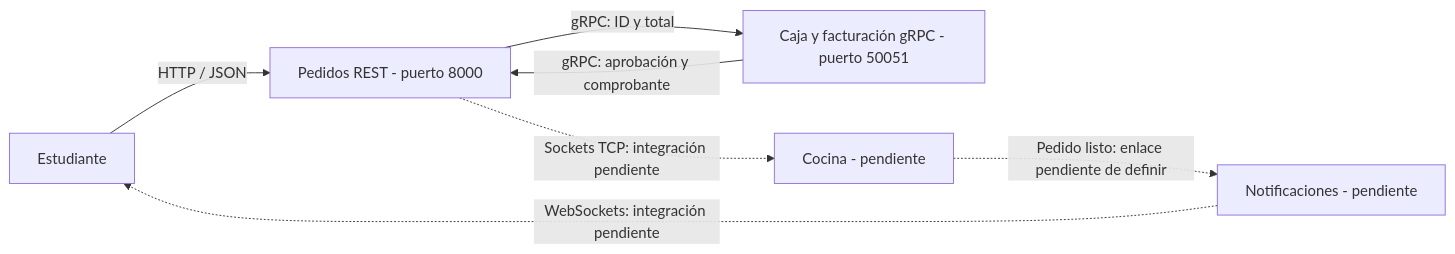
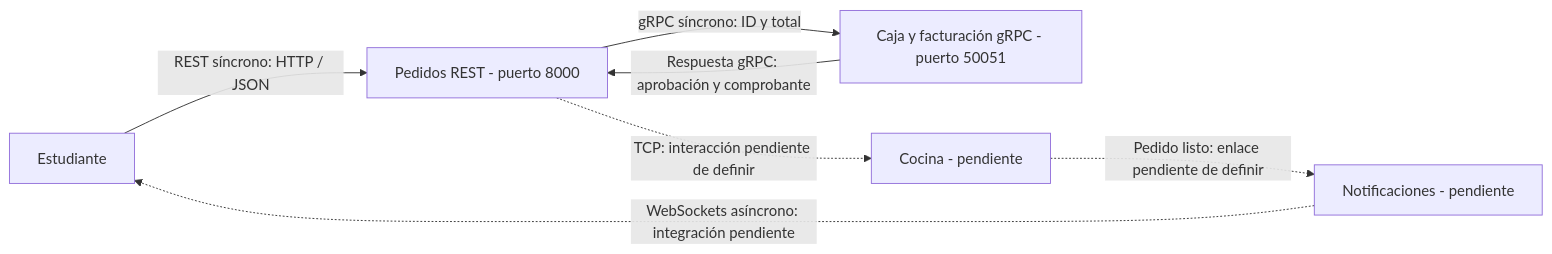
The diagram in docs/mapa-microservicios.md (Josuelv14/sistema-pedidos-distribuidos), drawn with Mermaid before and after one commit. The commit also changed other lines of this file and 2 other files, not shown here.

Commit message:
Prueba de caja y tipos de comunicacion

````diff
--- a/docs/mapa-microservicios.md
+++ b/docs/mapa-microservicios.md
@@ -3,15 +3,15 @@
 ```mermaid
 flowchart LR
     estudiante[Estudiante]
     pedidos[Pedidos REST - puerto 8000]
     caja[Caja y facturación gRPC - puerto 50051]
     cocina[Cocina - pendiente]
     notificaciones[Notificaciones - pendiente]
 
-    estudiante -->|HTTP / JSON| pedidos
-    pedidos -->|gRPC: ID y total| caja
-    caja -->|gRPC: aprobación y comprobante| pedidos
-    pedidos -.->|Sockets TCP: integración pendiente| cocina
+    estudiante -->|REST síncrono: HTTP / JSON| pedidos
+    pedidos -->|gRPC síncrono: ID y total| caja
+    caja -->|Respuesta gRPC: aprobación y comprobante| pedidos
+    pedidos -.->|TCP: interacción pendiente de definir| cocina
     cocina -.->|Pedido listo: enlace pendiente de definir| notificaciones
-    notificaciones -.->|WebSockets: integración pendiente| estudiante
+    notificaciones -.->|WebSockets asíncrono: integración pendiente| estudiante
 ```
````
